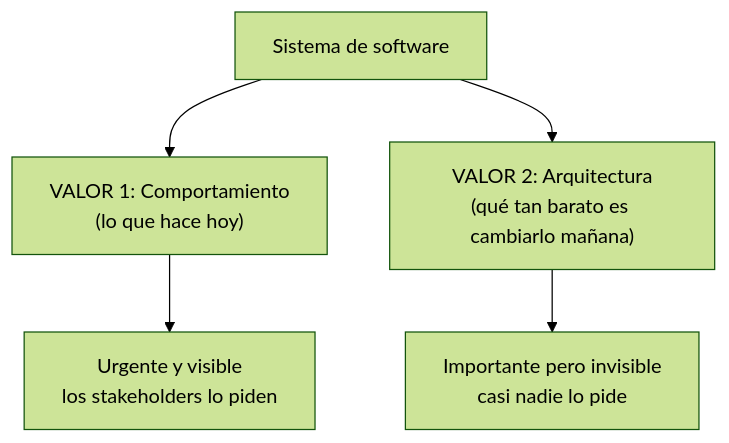
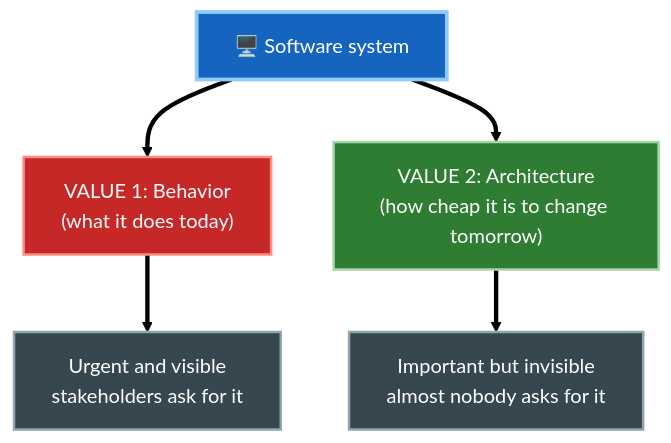
Before and after one commit to JavierMachucaA/clean-architecture-guia: the first of 3 diagrams in 01-introduccion-y-vision-general/02-objetivo-de-la-arquitectura.md, drawn with Mermaid (forest theme). The commit also changed other lines of this file and 45 other files, not shown here.

````diff
--- a/01-introduccion-y-vision-general/02-objetivo-de-la-arquitectura.md
+++ b/01-introduccion-y-vision-general/02-objetivo-de-la-arquitectura.md
@@ -19,8 +19,14 @@
 ```mermaid
 flowchart TD
-    S["Sistema de software"] --> B["VALOR 1: Comportamiento<br/>(lo que hace hoy)"]
-    S --> A["VALOR 2: Arquitectura<br/>(qué tan barato es cambiarlo mañana)"]
+    S["🖥️ Software system"] ==> B["VALUE 1: Behavior<br/>(what it does today)"]
+    S ==> A["VALUE 2: Architecture<br/>(how cheap it is to change tomorrow)"]
 
-    B --> Bnote["Urgente y visible<br/>los stakeholders lo piden"]
-    A --> Anote["Importante pero invisible<br/>casi nadie lo pide"]
+    B ==> Bnote["Urgent and visible<br/>stakeholders ask for it"]
+    A ==> Anote["Important but invisible<br/>almost nobody asks for it"]
+
+    style S fill:#1565c0,stroke:#90caf9,color:#fff,stroke-width:3px
+    style B fill:#c62828,stroke:#ff8a80,color:#fff,stroke-width:2px
+    style A fill:#2e7d32,stroke:#a5d6a7,color:#fff,stroke-width:2px
+    style Bnote fill:#37474f,stroke:#90a4ae,color:#fff,stroke-width:2px
+    style Anote fill:#37474f,stroke:#90a4ae,color:#fff,stroke-width:2px
 ```
````
